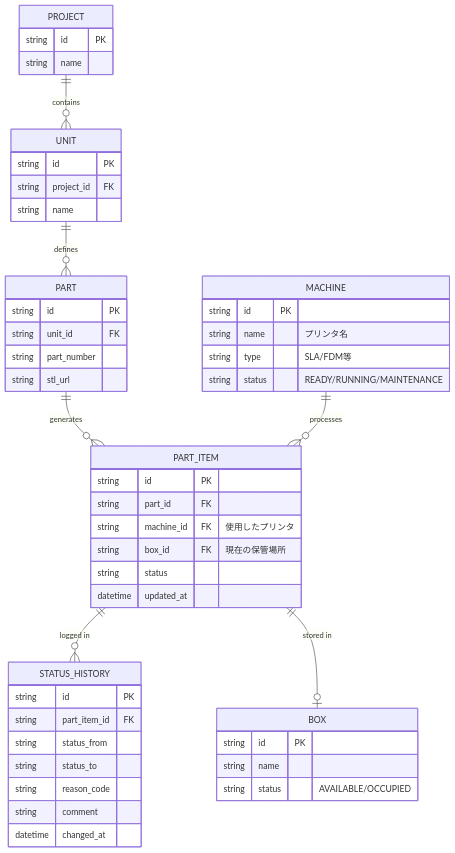
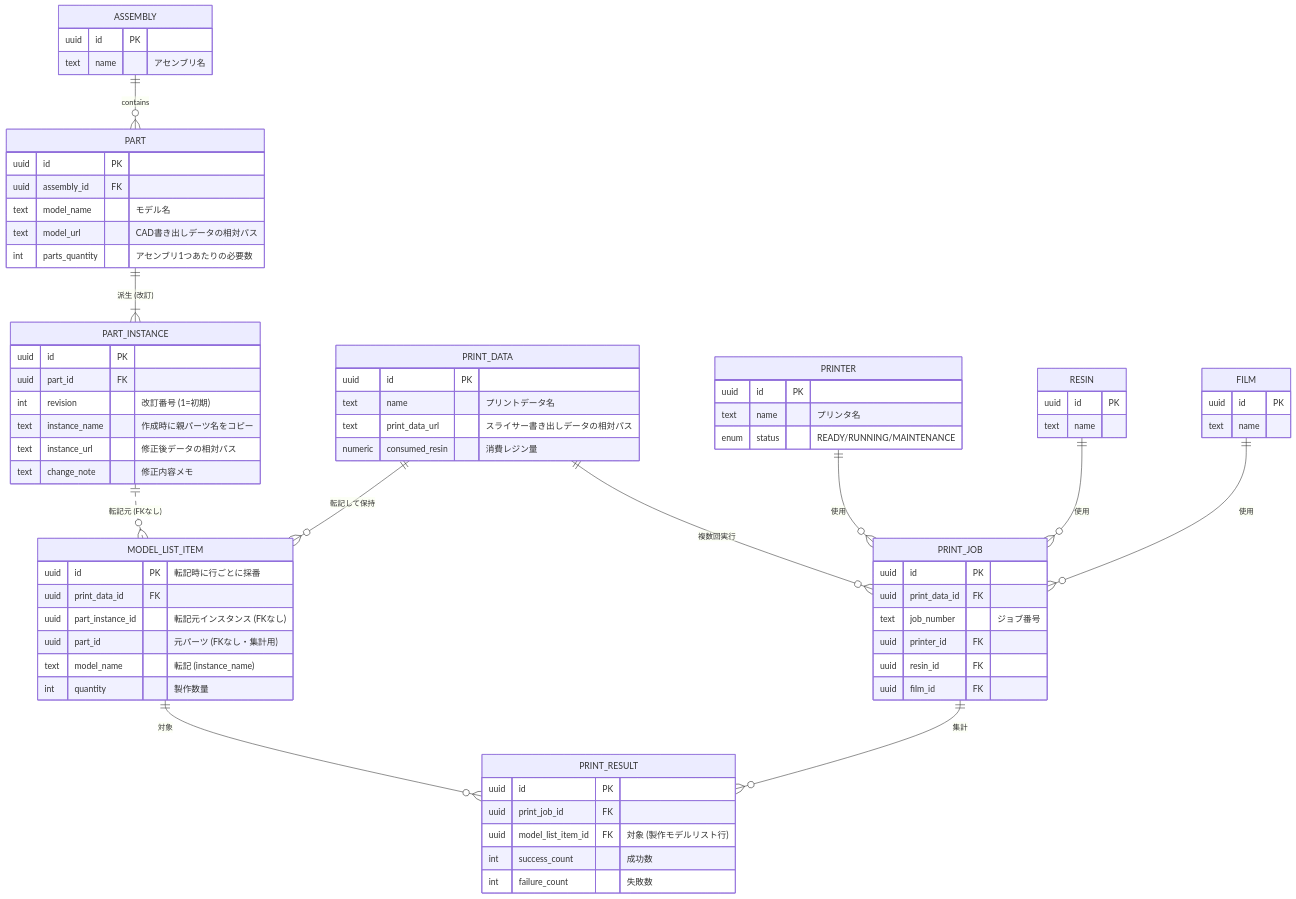
One commit to Yaeshio/SN-923-A changed the diagram in specs/02_data_model.md. Above: the diagram before and after it, drawn with Mermaid. The commit also changed other lines of this file and 8 other files, not shown here.

````diff
--- a/specs/02_data_model.md
+++ b/specs/02_data_model.md
@@ -5,53 +37,77 @@
 ```mermaid
 erDiagram
-    PROJECT ||--o{ UNIT : contains
-    UNIT ||--o{ PART : defines
-    PART ||--o{ PART_ITEM : generates
-    PART_ITEM ||--o{ STATUS_HISTORY : "logged in"
-    PART_ITEM ||--o| BOX : "stored in"
-    MACHINE ||--o{ PART_ITEM : "processes"
+    ASSEMBLY ||--o{ PART : contains
+    PART ||--|{ PART_INSTANCE : "派生 (改訂)"
 
-    PROJECT {
-        string id PK
-        string name
-    }
-    UNIT {
-        string id PK
-        string project_id FK
-        string name
+    PRINT_DATA ||--o{ MODEL_LIST_ITEM : "転記して保持"
+    PART_INSTANCE ||..o{ MODEL_LIST_ITEM : "転記元 (FKなし)"
+
+    PRINT_DATA ||--o{ PRINT_JOB : "複数回実行"
+    PRINT_JOB ||--o{ PRINT_RESULT : "集計"
+    MODEL_LIST_ITEM ||--o{ PRINT_RESULT : "対象"
+    PRINTER ||--o{ PRINT_JOB : "使用"
+    RESIN ||--o{ PRINT_JOB : "使用"
+    FILM ||--o{ PRINT_JOB : "使用"
+
+    ASSEMBLY {
+        uuid id PK
+        text name "アセンブリ名"
     }
     PART {
-        string id PK
-        string unit_id FK
-        string part_number
-        string stl_url
+        uuid id PK
+        uuid assembly_id FK
+        text model_name "モデル名"
+        text model_url "CAD書き出しデータの相対パス"
+        int parts_quantity "アセンブリ1つあたりの必要数"
     }
-    PART_ITEM {
-        string id PK
-        string part_id FK
-        string machine_id FK "使用したプリンタ"
-        string box_id FK "現在の保管場所"
-        string status
-        datetime updated_at
+    PART_INSTANCE {
+        uuid id PK
+        uuid part_id FK
+        int revision "改訂番号 (1=初期)"
+        text instance_name "作成時に親パーツ名をコピー"
+        text instance_url "修正後データの相対パス"
+        text change_note "修正内容メモ"
     }
-    MACHINE {
-        string id PK
-        string name "プリンタ名"
-        string type "SLA/FDM等"
-        string status "READY/RUNNING/MAINTENANCE"
+    PRINT_DATA {
+        uuid id PK
+        text name "プリントデータ名"
+        text print_data_url "スライサー書き出しデータの相対パス"
+        numeric consumed_resin "消費レジン量"
     }
-    STATUS_HISTORY {
-        string id PK
-        string part_item_id FK
-        string status_from
-        string status_to
-        string reason_code
-        string comment
-        datetime changed_at
+    MODEL_LIST_ITEM {
+        uuid id PK "転記時に行ごとに採番"
+        uuid print_data_id FK
+        uuid part_instance_id "転記元インスタンス (FKなし)"
+        uuid part_id "元パーツ (FKなし・集計用)"
+        text model_name "転記 (instance_name)"
+        int quantity "製作数量"
     }
-    BOX {
-        string id PK
-        string name
-        string status "AVAILABLE/OCCUPIED"
+    PRINT_JOB {
+        uuid id PK
+        uuid print_data_id FK
+        text job_number "ジョブ番号"
+        uuid printer_id FK
+        uuid resin_id FK
+        uuid film_id FK
+    }
+    PRINT_RESULT {
+        uuid id PK
+        uuid print_job_id FK
+        uuid model_list_item_id FK "対象 (製作モデルリスト行)"
+        int success_count "成功数"
+        int failure_count "失敗数"
+    }
+    PRINTER {
+        uuid id PK
+        text name "プリンタ名"
+        enum status "READY/RUNNING/MAINTENANCE"
+    }
+    RESIN {
+        uuid id PK
+        text name
+    }
+    FILM {
+        uuid id PK
+        text name
     }
 ```
````
